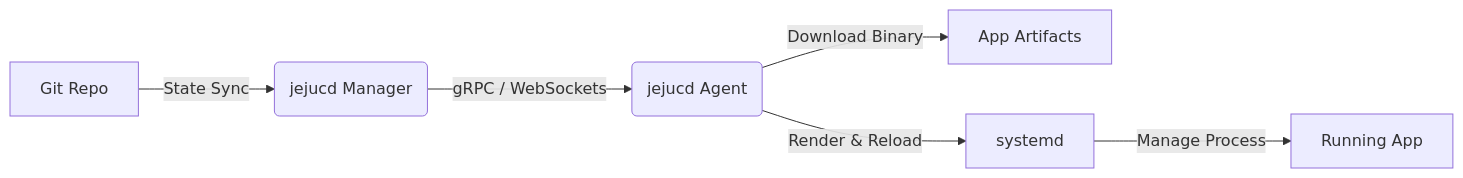
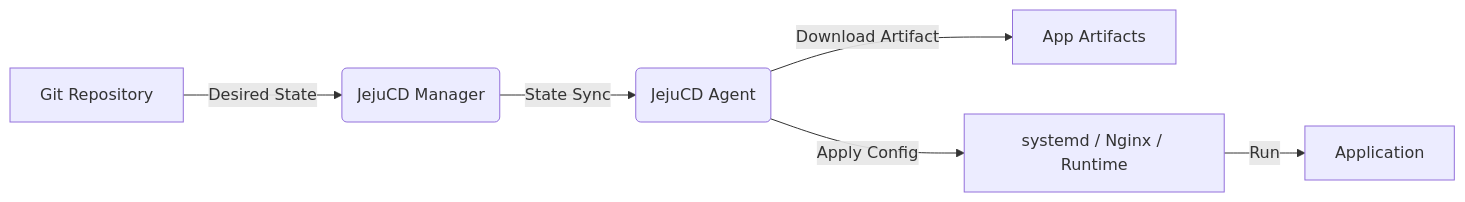
Before and after one commit to jejucd/.github: the diagram in README.ko.md, drawn with Mermaid. The commit also changed other lines of this file and 1 other file, not shown here.

````diff
--- a/README.ko.md
+++ b/README.ko.md
@@ -49,8 +51,8 @@
 ```mermaid
 graph LR
-    A[Git Repo] -->|State Sync| B(jejucd Manager)
-    B -->|gRPC / WebSockets| C(jejucd Agent)
-    C -->|Download Binary| D[App Artifacts]
-    C -->|Render & Reload| E[systemd]
-    E -->|Manage Process| F[Running App]
+    A[Git Repository] -->|Desired State| B(JejuCD Manager)
+    B -->|State Sync| C(JejuCD Agent)
+    C -->|Download Artifact| D[App Artifacts]
+    C -->|Apply Config| E[systemd / Nginx / Runtime]
+    E -->|Run| F[Application]
 ```
````
